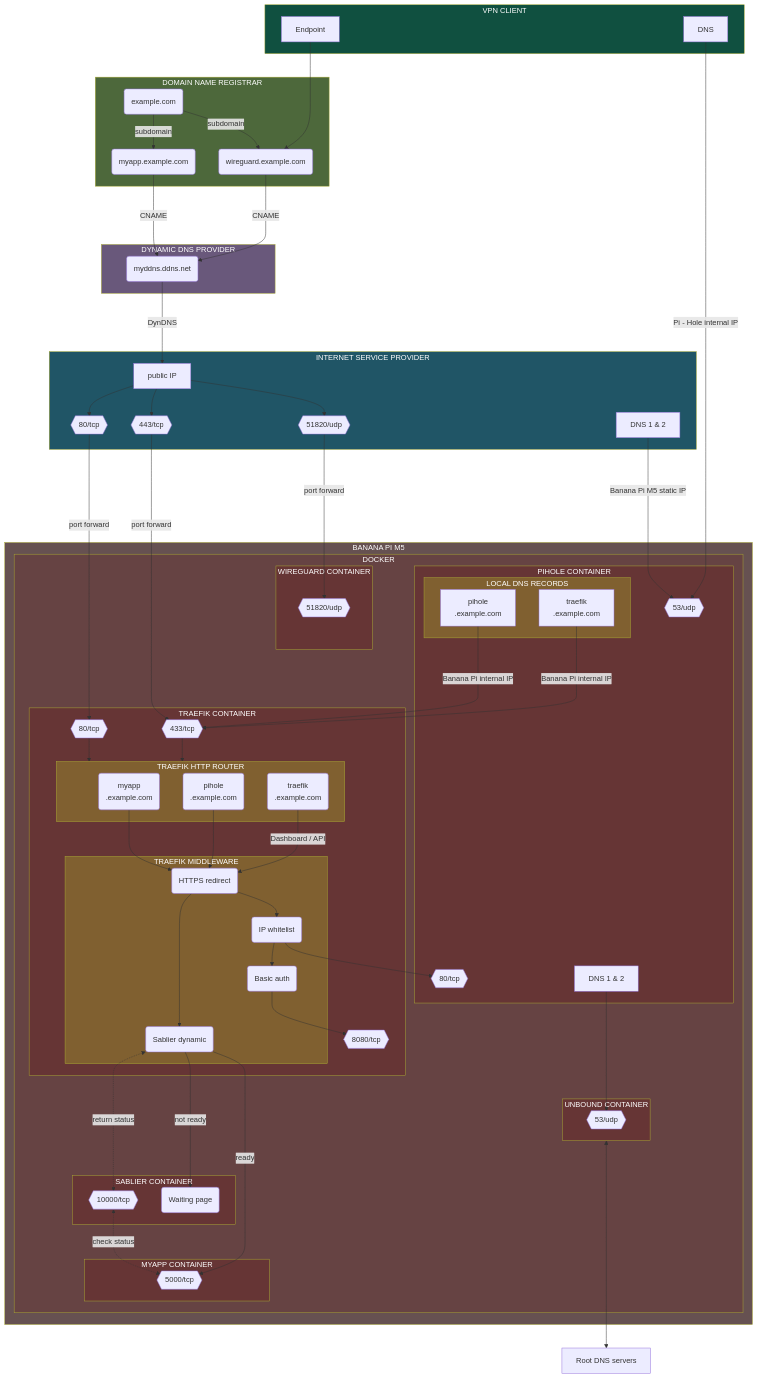
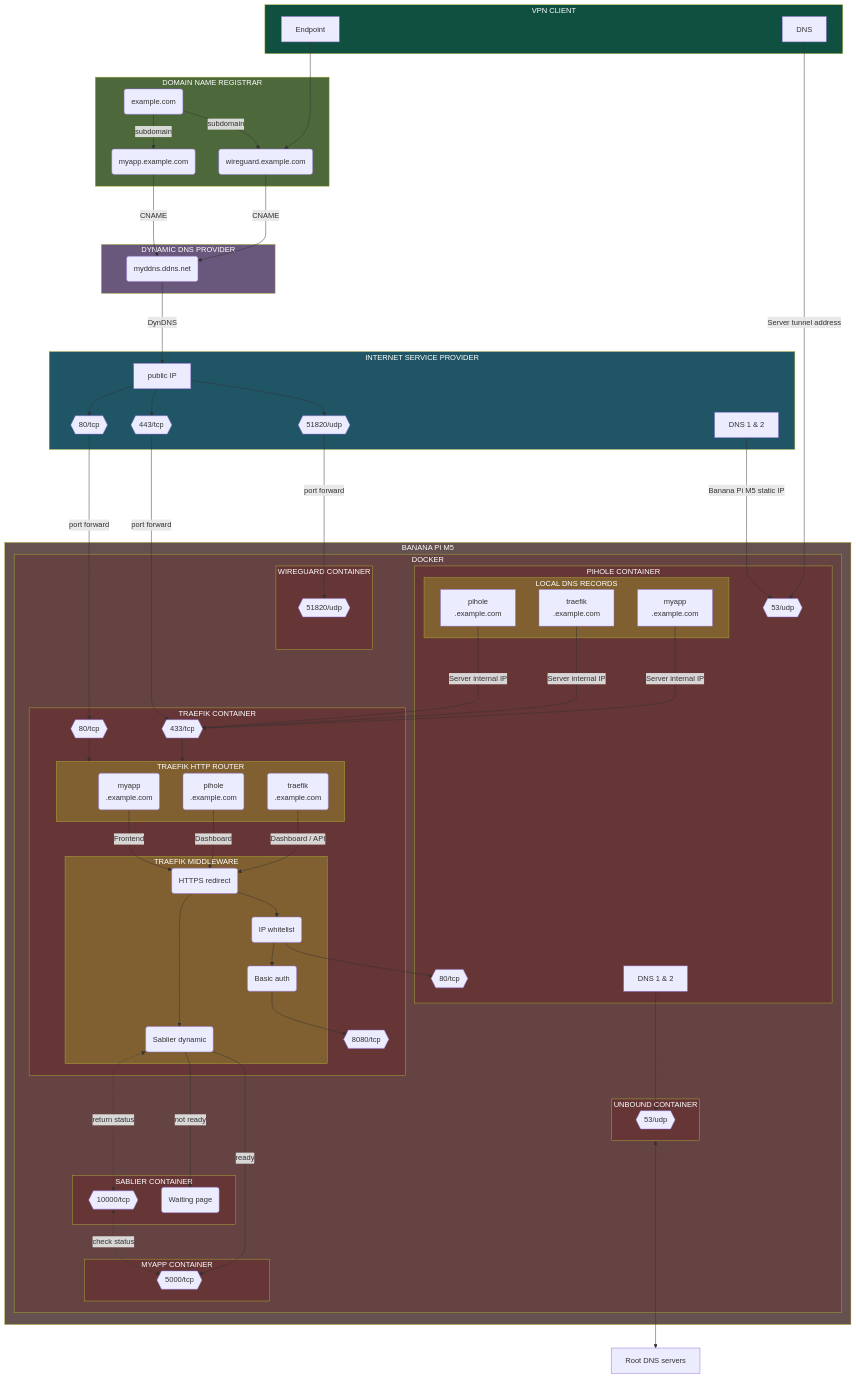
Before and after one commit to Yann39/self-hosted: the first of 20 diagrams in README.md, drawn with Mermaid. The commit also changed other lines of this file, not shown here.

Commit message:
fixed port 433 instead of 443 in the readme, and added a caution notice at the top to highlight the new repository

```diff
--- a/README.md
+++ b/README.md
@@ -230,6 +237,7 @@
     DOCKER_PIHOLE_DNS[DNS 1 & 2]
     PIHOLE_DNS_PIHOLE[pihole<br/>.example.com]
     PIHOLE_DNS_TRAEFIK[traefik<br/>.example.com]
+    PIHOLE_DNS_MYAPP[myapp\n.example.com]
 
     subgraph VPN_CLIENT[VPN CLIENT]
         WIREGUARD_CLIENT_ENDPOINT[Endpoint]
@@ -283,6 +291,7 @@
                 subgraph PIHOLE_DNS_RECORDS[LOCAL DNS RECORDS]
                     PIHOLE_DNS_TRAEFIK
                     PIHOLE_DNS_PIHOLE
+                    PIHOLE_DNS_MYAPP
                 end
                 DOCKER_PIHOLE_PORT53
                 DOCKER_PIHOLE_PORT80
@@ -306,17 +315,18 @@
     end
 
     WIREGUARD_CLIENT_ENDPOINT ---> SUBDOMAIN_WIREGUARD
-    WIREGUARD_CLIENT_DNS -->|Pi - Hole internal IP| DOCKER_PIHOLE_PORT53
+    WIREGUARD_CLIENT_DNS -->|Server tunnel address| DOCKER_PIHOLE_PORT53
     ROUTER_PORT51820 -->|port forward| DOCKER_WIREGUARD_PORT51820
     ROUTER_PORT443 ------>|port forward| DOCKER_TRAEFIK_PORT443
     ROUTER_PORT80 -->|port forward| DOCKER_TRAEFIK_PORT80
     DNS_ISP -->|Banana Pi M5 static IP| DOCKER_PIHOLE_PORT53
-    PIHOLE_DNS_TRAEFIK --->|Banana Pi internal IP| DOCKER_TRAEFIK_PORT443
-    PIHOLE_DNS_PIHOLE --->|Banana Pi internal IP| DOCKER_TRAEFIK_PORT443
+    PIHOLE_DNS_MYAPP --->|Server internal IP| DOCKER_TRAEFIK_PORT443
+    PIHOLE_DNS_PIHOLE --->|Server internal IP| DOCKER_TRAEFIK_PORT443
+    PIHOLE_DNS_TRAEFIK --->|Server internal IP| DOCKER_TRAEFIK_PORT443
     DOCKER_TRAEFIK_PORT443 --> TRAEFIK_ROUTER
     DOCKER_TRAEFIK_PORT80 --> TRAEFIK_ROUTER
-    TRAEFIK_ROUTER_MYAPP --> REDIRECT
-    TRAEFIK_ROUTER_PIHOLE --> REDIRECT
+    TRAEFIK_ROUTER_MYAPP -->|Frontend| REDIRECT
+    TRAEFIK_ROUTER_PIHOLE -->|Dashboard| REDIRECT
     TRAEFIK_ROUTER_TRAEFIK -->|Dashboard / API| REDIRECT
     IP_WHITELISTING --> BASIC_AUTH
     IP_WHITELISTING --> DOCKER_PIHOLE_PORT80
```
